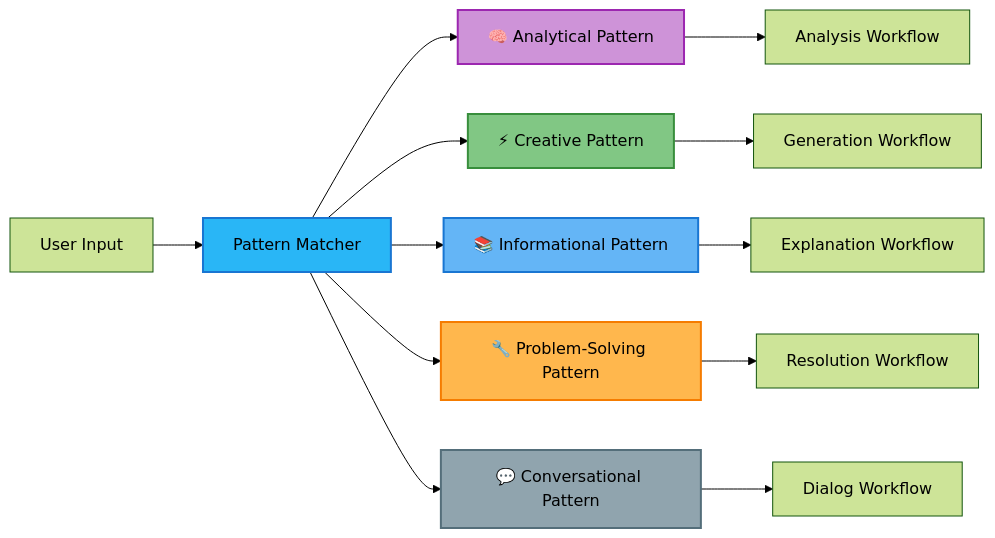
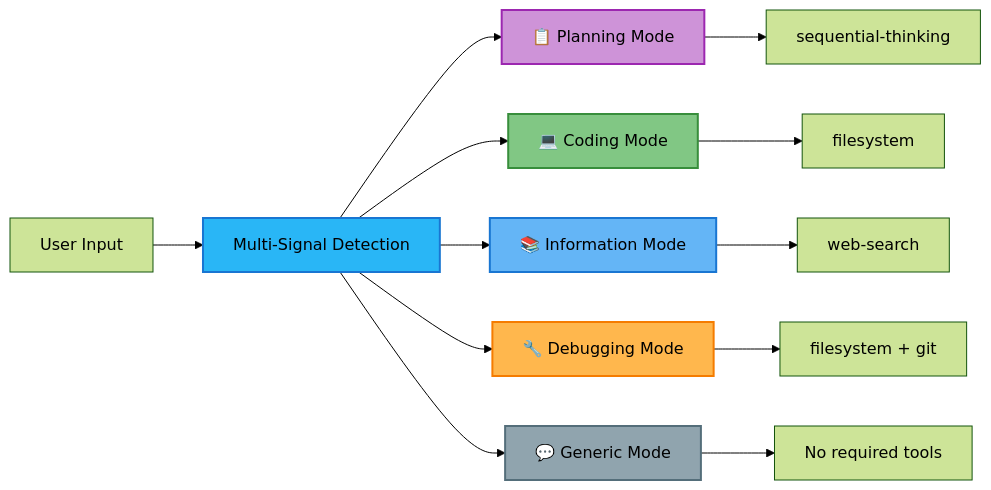
Before and after one commit to zhifengzhang-sz/qi-v2-agent: the second of 3 diagrams in docs/agents/agent.md, drawn with Mermaid (forest theme). The commit also changed other lines of this file and 16 other files, not shown here.

````diff
--- a/docs/agents/agent.md
+++ b/docs/agents/agent.md
@@ -97,23 +97,23 @@
 ```mermaid
 graph LR
-    Input[User Input] --> PM[Pattern Matcher]
+    Input[User Input] --> PM[Multi-Signal Detection]
     
-    PM --> Analytical[🧠 Analytical Pattern]
-    PM --> Creative[⚡ Creative Pattern]  
-    PM --> Informational[📚 Informational Pattern]
-    PM --> Problem[🔧 Problem-Solving Pattern]
-    PM --> Conversational[💬 Conversational Pattern]
+    PM --> Planning[📋 Planning Mode]
+    PM --> Coding[💻 Coding Mode]  
+    PM --> Information[📚 Information Mode]
+    PM --> Debugging[🔧 Debugging Mode]
+    PM --> Generic[💬 Generic Mode]
     
-    Analytical --> AW[Analysis Workflow]
-    Creative --> CW[Generation Workflow]
-    Informational --> IW[Explanation Workflow]
-    Problem --> PW[Resolution Workflow]
-    Conversational --> CoW[Dialog Workflow]
+    Planning --> PT[sequential-thinking]
+    Coding --> FT[filesystem]
+    Information --> ST[web-search]
+    Debugging --> FT2[filesystem + git]
+    Generic --> None[No required tools]
     
     style PM fill:#29b6f6,stroke:#1976d2,stroke-width:2px
-    style Analytical fill:#ce93d8,stroke:#9c27b0,stroke-width:2px
-    style Creative fill:#81c784,stroke:#388e3c,stroke-width:2px
-    style Informational fill:#64b5f6,stroke:#1976d2,stroke-width:2px
-    style Problem fill:#ffb74d,stroke:#f57c00,stroke-width:2px
-    style Conversational fill:#90a4ae,stroke:#546e7a,stroke-width:2px
+    style Planning fill:#ce93d8,stroke:#9c27b0,stroke-width:2px
+    style Coding fill:#81c784,stroke:#388e3c,stroke-width:2px
+    style Information fill:#64b5f6,stroke:#1976d2,stroke-width:2px
+    style Debugging fill:#ffb74d,stroke:#f57c00,stroke-width:2px
+    style Generic fill:#90a4ae,stroke:#546e7a,stroke-width:2px
 ```
````
